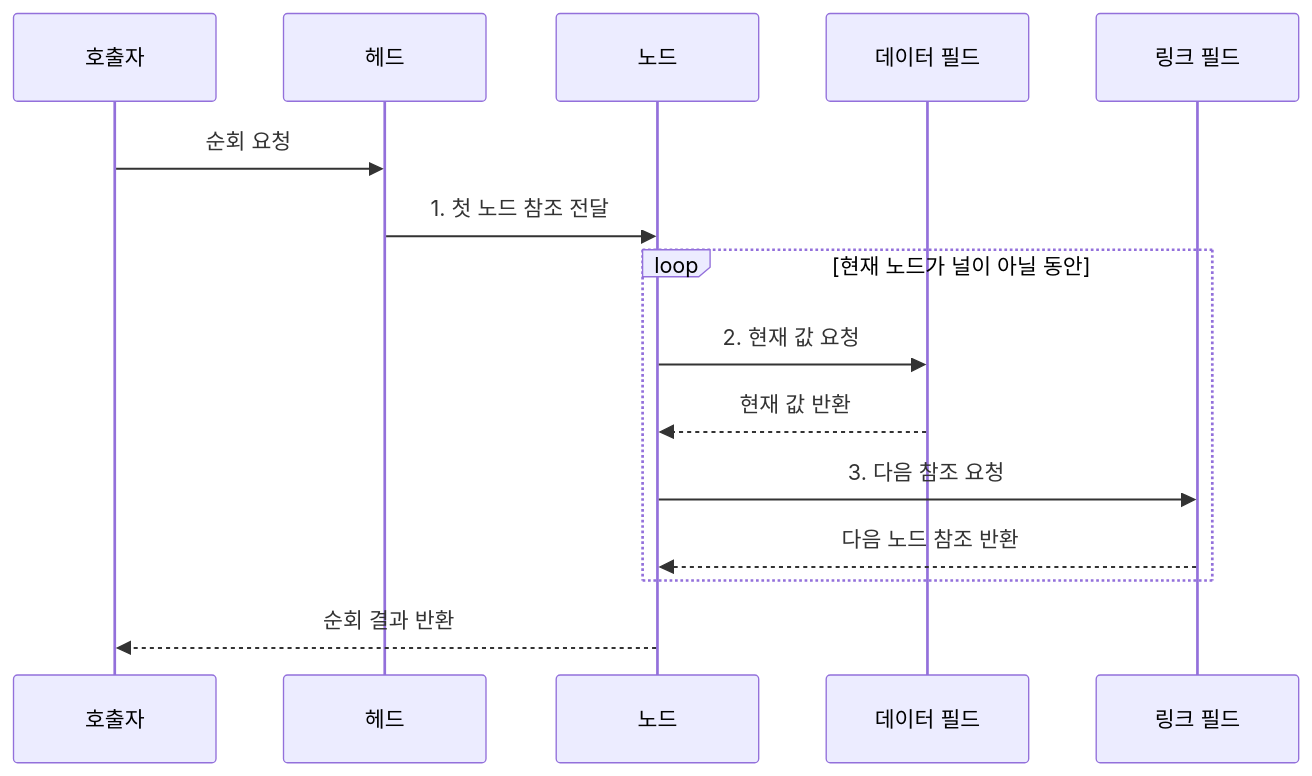
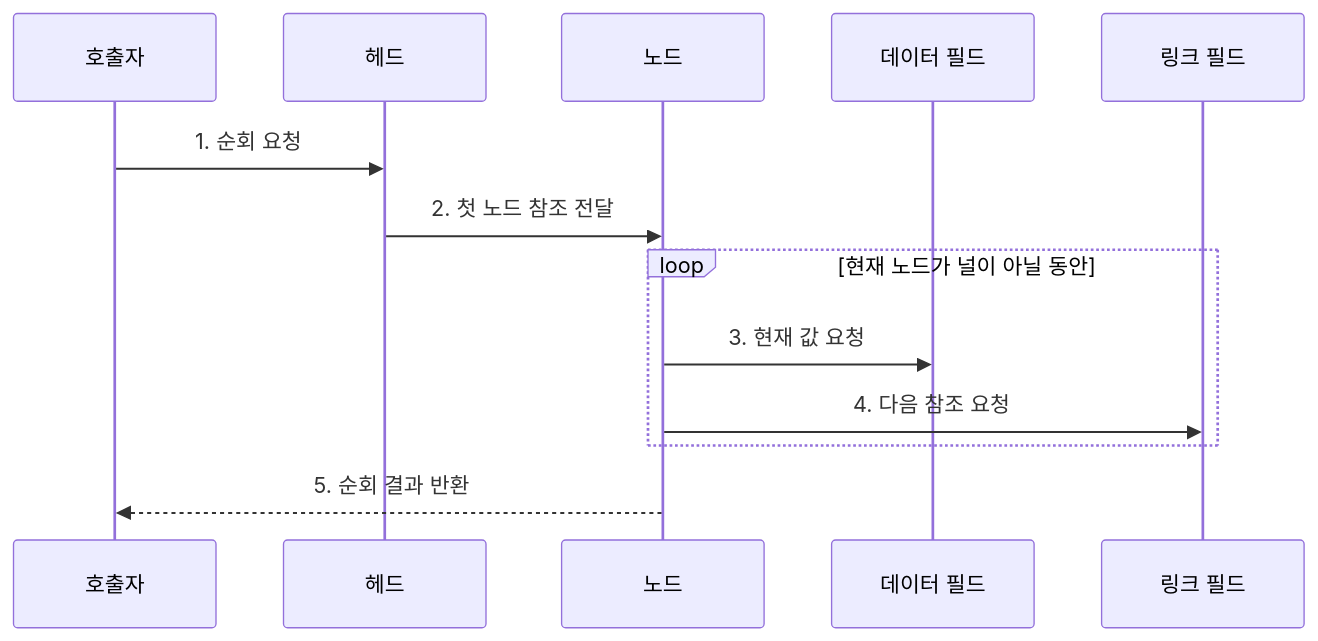
Before and after one commit to agnusdei1207/knowledge-base: the second of 2 diagrams in src/content/docs/notes/01-basic-theory/006_linked_list.md, drawn with Mermaid. The commit also changed other lines of this file and 28 other files, not shown here.

````diff
--- a/src/content/docs/notes/01-basic-theory/006_linked_list.md
+++ b/src/content/docs/notes/01-basic-theory/006_linked_list.md
@@ -96,17 +83,15 @@
 ```mermaid
 sequenceDiagram
     participant Q as 호출자
     participant H as 헤드
     participant N as 노드
     participant D as 데이터 필드
     participant L as 링크 필드
-    Q->>H: 순회 요청
-    H->>N: 1. 첫 노드 참조 전달
+    Q->>H: 1. 순회 요청
+    H->>N: 2. 첫 노드 참조 전달
     loop 현재 노드가 널이 아닐 동안
-        N->>D: 2. 현재 값 요청
-        D-->>N: 현재 값 반환
-        N->>L: 3. 다음 참조 요청
-        L-->>N: 다음 노드 참조 반환
+        N->>D: 3. 현재 값 요청
+        N->>L: 4. 다음 참조 요청
     end
-    N-->>Q: 순회 결과 반환
+    N-->>Q: 5. 순회 결과 반환
 ```
````
